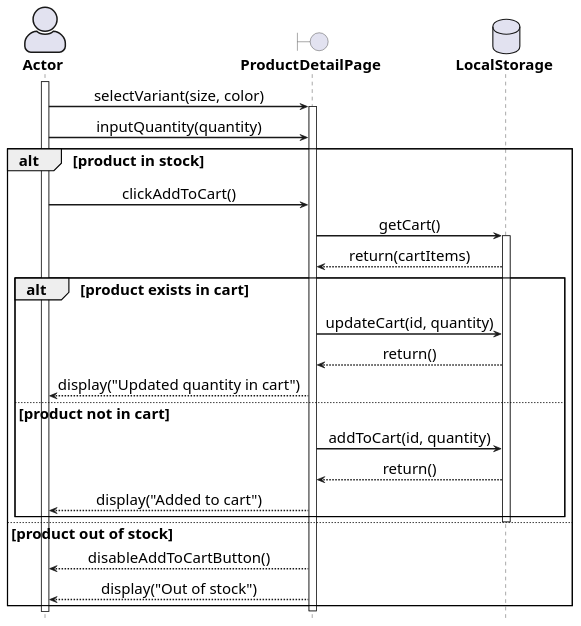
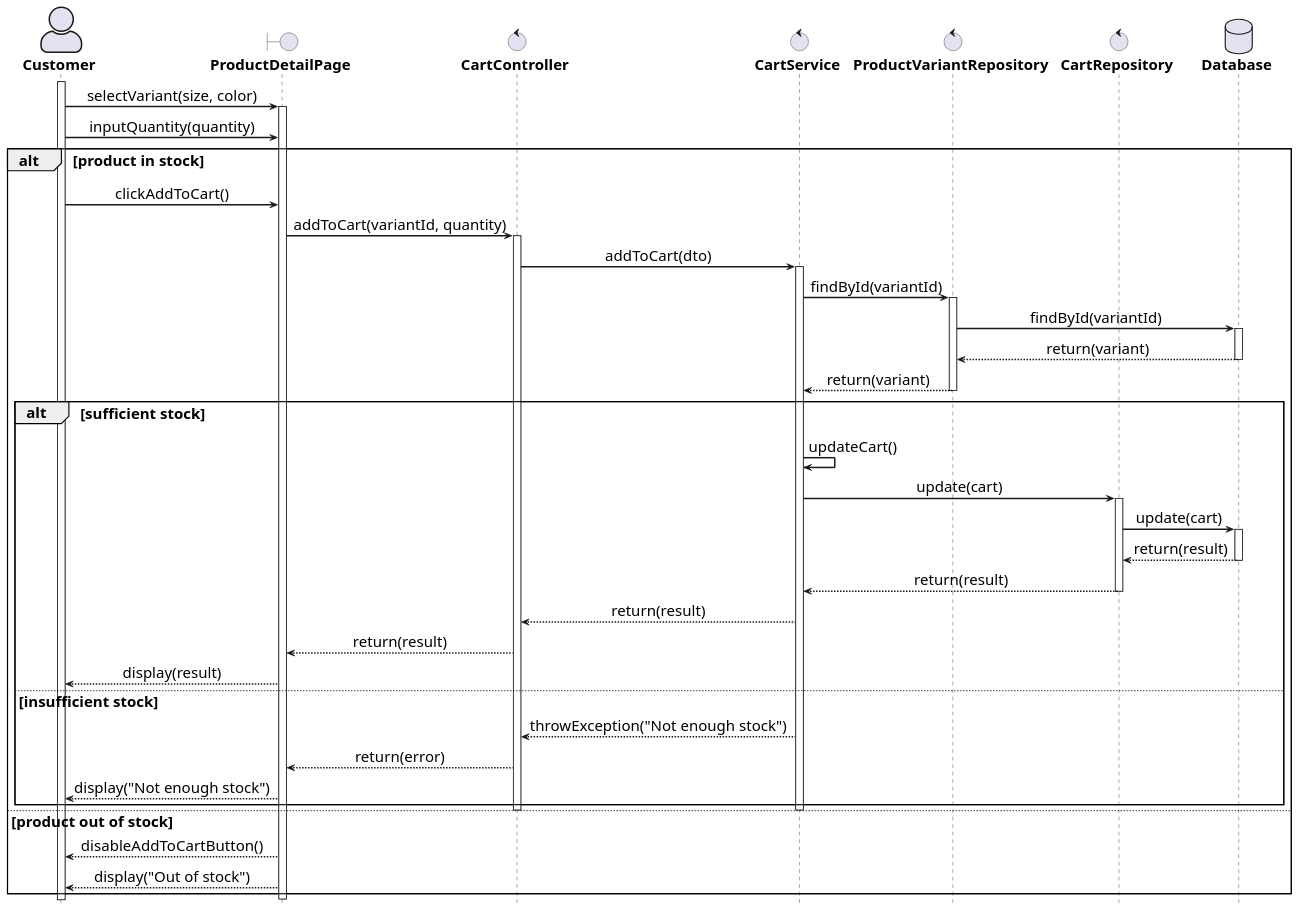
Before and after one commit to phuquy-28/clothing-store-spring: the diagram in docs/sequence-diagram/add-to-cart.pu, drawn with PlantUML. The commit also changed 23 other files, not shown here.

```diff
--- a/docs/sequence-diagram/add-to-cart.pu
+++ b/docs/sequence-diagram/add-to-cart.pu
@@ -1,67 +1,96 @@
 @startuml
 
 ' General configuration
 skinparam defaultFontSize 20
-' skinparam maxMessageSize 100
 skinparam sequenceMessageAlign center
 
 ' Actor style configuration
 skinparam actorStyle awesome
 
 ' Arrow and border thickness configuration
 skinparam {
     ArrowThickness 2
     ParticipantBorderThickness 2
     ActorBorderThickness 2
     LifeLineBorderThickness 2
     ActivationBorderThickness 2
 }
 
 ' Life line color configuration
 skinparam LifeLineBorderColor black
 
 ' Font style configuration for components
 skinparam {
     actorFontStyle bold
     boundaryFontStyle bold
     controlFontStyle bold
     entityFontStyle bold
     databaseFontStyle bold
 }
 
 ' Define components
-actor "Actor" as actor
+actor "Customer" as actor
 boundary "ProductDetailPage" as detailPage
-database "LocalStorage" as localStorage
+control "CartController" as controller
+control "CartService" as service
+control "ProductVariantRepository" as variantRepo
+control "CartRepository" as cartRepo
+database "Database" as db
 
 ' Start processing flow
 activate actor
+
 actor -> detailPage: selectVariant(size, color)
 activate detailPage
+
 actor -> detailPage: inputQuantity(quantity)
 
 alt product in stock
     actor -> detailPage: clickAddToCart()
-    detailPage -> localStorage: getCart()
-    activate localStorage
-    localStorage --> detailPage: return(cartItems)
     
-    alt product exists in cart
-        detailPage -> localStorage: updateCart(id, quantity)
-        localStorage --> detailPage: return()
-        detailPage --> actor: display("Updated quantity in cart")
-    else product not in cart
-        detailPage -> localStorage: addToCart(id, quantity)
-        localStorage --> detailPage: return()
-        detailPage --> actor: display("Added to cart")
+    detailPage -> controller: addToCart(variantId, quantity)
+    activate controller
+    
+    controller -> service: addToCart(dto)
+    activate service
+    
+    service -> variantRepo: findById(variantId)
+    activate variantRepo
+    variantRepo -> db: findById(variantId)
+    activate db
+    db --> variantRepo: return(variant)
+    deactivate db
+    variantRepo --> service: return(variant)
+    deactivate variantRepo
+    
+    alt sufficient stock
+        service -> service: updateCart()
+        service -> cartRepo: update(cart)
+        activate cartRepo
+        cartRepo -> db: update(cart)
+        activate db
+        db --> cartRepo: return(result)
+        deactivate db
+        cartRepo --> service: return(result)
+        deactivate cartRepo
+        service --> controller: return(result)
+        controller --> detailPage: return(result)
+        detailPage --> actor: display(result)
+    else insufficient stock
+        service --> controller: throwException("Not enough stock")
+        controller --> detailPage: return(error)
+        detailPage --> actor: display("Not enough stock")
     end
-    deactivate localStorage
+    
+    deactivate service
+    deactivate controller
+    
 else product out of stock
     detailPage --> actor: disableAddToCartButton()
     detailPage --> actor: display("Out of stock")
 end
 
 deactivate detailPage
 
 hide footbox
 @enduml
```
